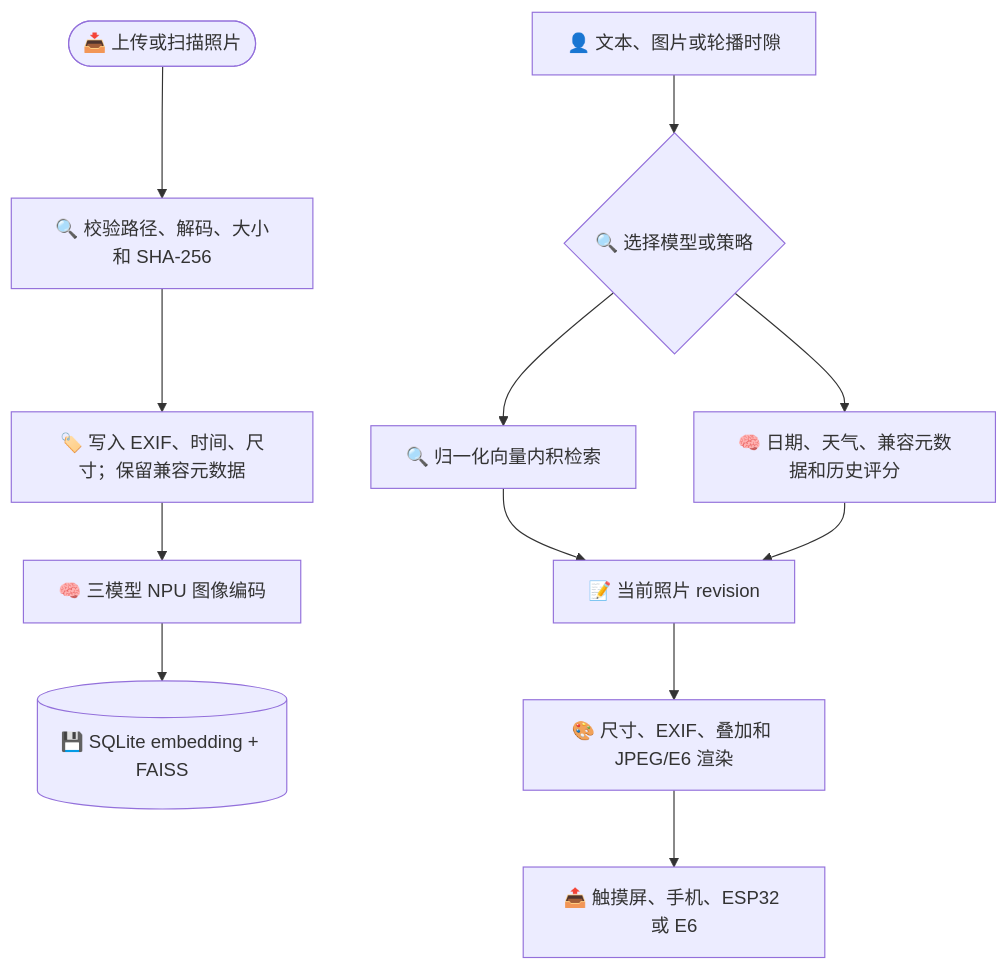
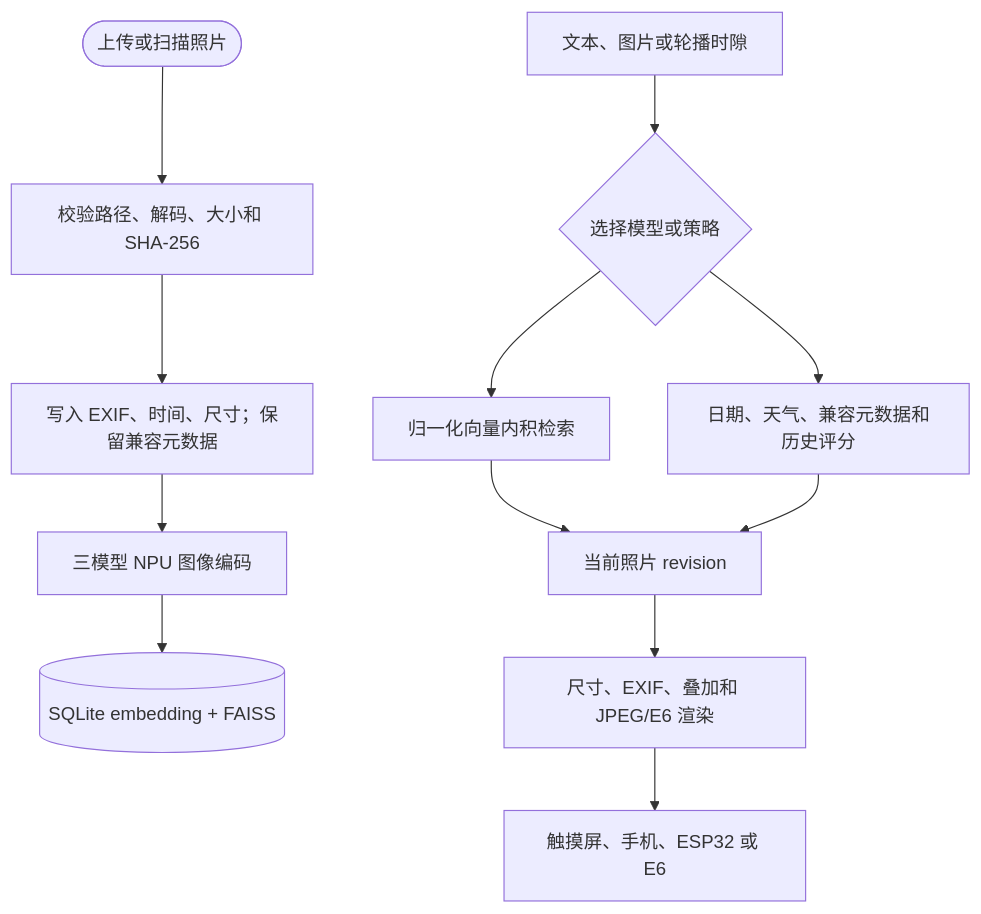
Before and after one commit to zhouxzh/Ascend310: the second of 7 diagrams in src/experiment/case7.md, drawn with Mermaid. The commit also changed other lines of this file and 105 other files, not shown here.

````diff
--- a/src/experiment/case7.md
+++ b/src/experiment/case7.md
@@ -78,17 +78,17 @@
 ```mermaid
 flowchart TB
     accTitle: 相册数据处理流程
     accDescr: 照片从上传和校验开始，经过三模型索引，最终被文本检索或智能选择并按设备能力渲染
 
-    input([📥 上传或扫描照片]) --> validate[🔍 校验路径、解码、大小和 SHA-256]
-    validate --> metadata[🏷️ 写入 EXIF、时间、尺寸；保留兼容元数据]
-    metadata --> encode[🧠 三模型 NPU 图像编码]
-    encode --> vector[(💾 SQLite embedding + FAISS)]
-    query[👤 文本、图片或轮播时隙] --> route{🔍 选择模型或策略}
-    route --> search[🔍 归一化向量内积检索]
-    route --> select[🧠 日期、天气、兼容元数据和历史评分]
-    search --> result[📝 当前照片 revision]
+    input([上传或扫描照片]) --> validate[校验路径、解码、大小和 SHA-256]
+    validate --> metadata[写入 EXIF、时间、尺寸；保留兼容元数据]
+    metadata --> encode[三模型 NPU 图像编码]
+    encode --> vector[(SQLite embedding + FAISS)]
+    query[文本、图片或轮播时隙] --> route{选择模型或策略}
+    route --> search[归一化向量内积检索]
+    route --> select[日期、天气、兼容元数据和历史评分]
+    search --> result[当前照片 revision]
     select --> result
-    result --> render[🎨 尺寸、EXIF、叠加和 JPEG/E6 渲染]
-    render --> output[📤 触摸屏、手机、ESP32 或 E6]
+    result --> render[尺寸、EXIF、叠加和 JPEG/E6 渲染]
+    render --> output[触摸屏、手机、ESP32 或 E6]
 ```
````
